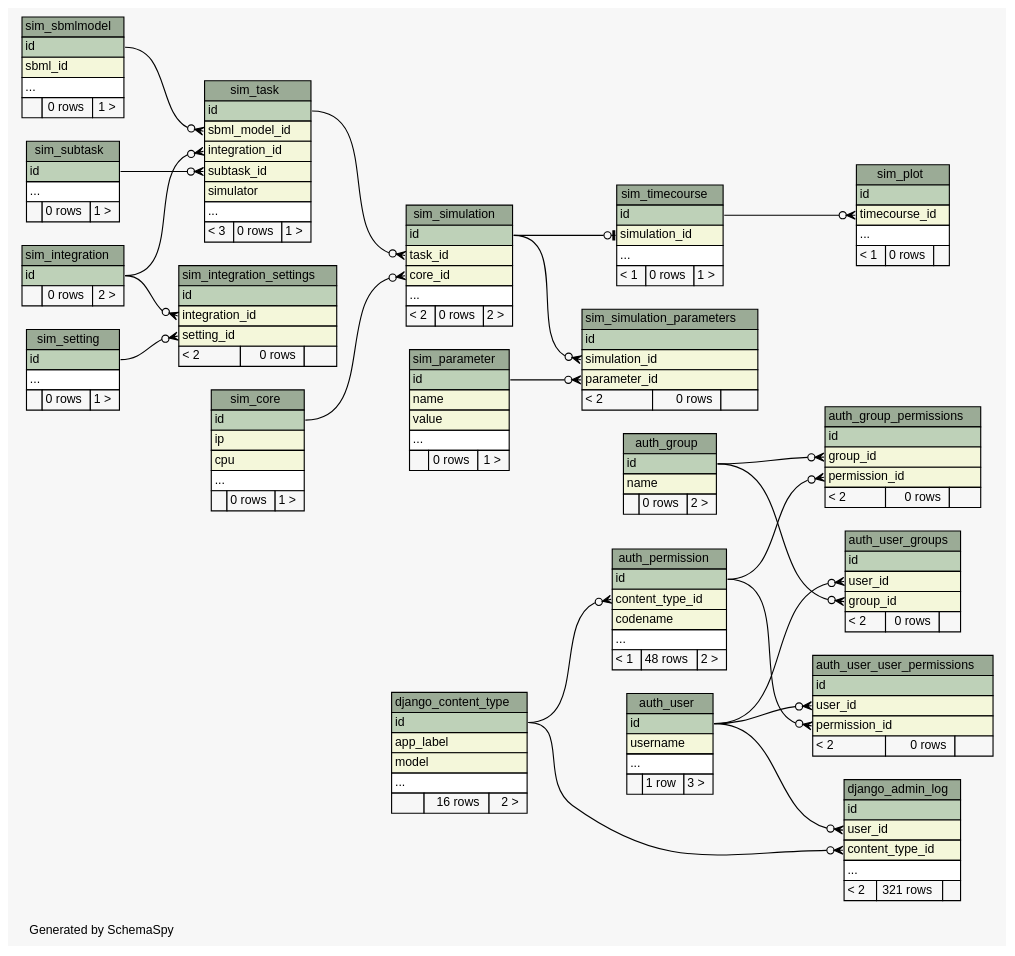
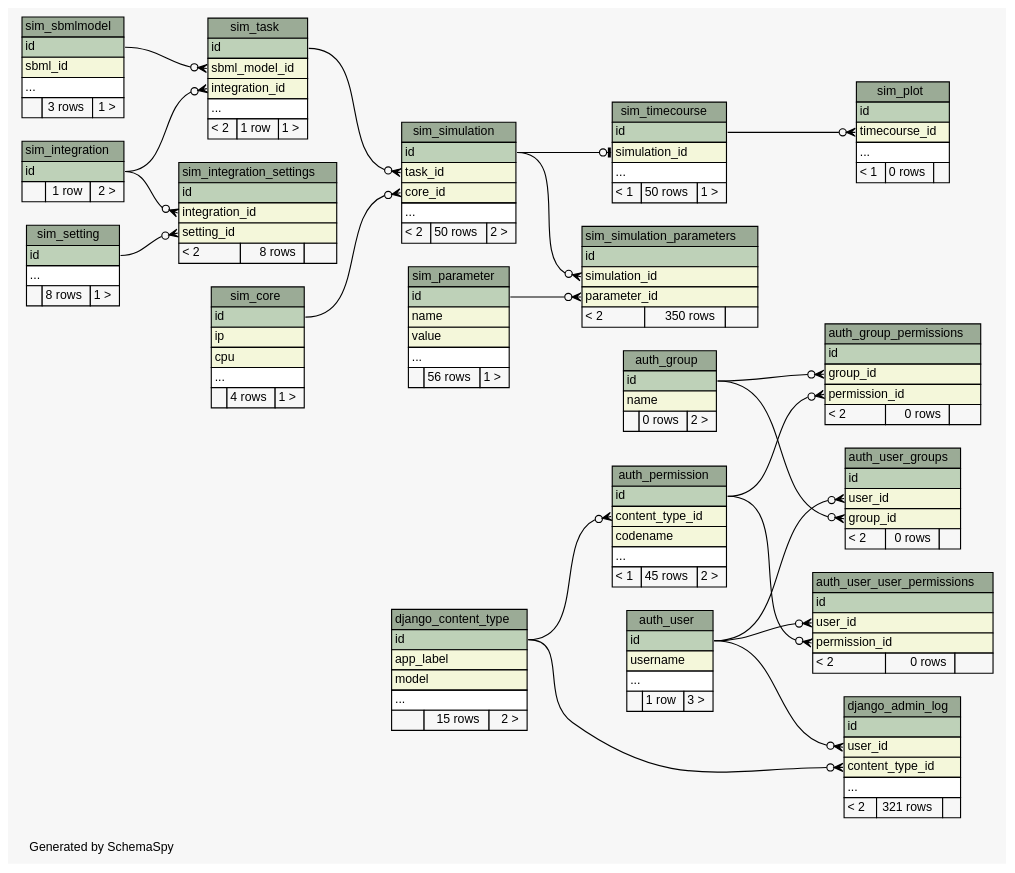
Before and after one commit to jingyayeah/multiscale-galactose: the diagram in database/schema/diagrams/summary/relationships.real.compact.dot, drawn with Graphviz. The commit also changed 102 other files, not shown here.

Commit message:
Database schema updated

```diff
--- a/database/schema/diagrams/summary/relationships.real.compact.dot
+++ b/database/schema/diagrams/summary/relationships.real.compact.dot
@@ -50,7 +50,7 @@
       <TR><TD PORT="content_type_id" COLSPAN="3" BGCOLOR="#f4f7da" ALIGN="LEFT">content_type_id</TD></TR>
       <TR><TD PORT="codename" COLSPAN="3" BGCOLOR="#f4f7da" ALIGN="LEFT">codename</TD></TR>
       <TR><TD PORT="elipses" COLSPAN="3" ALIGN="LEFT">...</TD></TR>
-      <TR><TD ALIGN="LEFT" BGCOLOR="#f7f7f7">&lt; 1</TD><TD ALIGN="RIGHT" BGCOLOR="#f7f7f7">48 rows</TD><TD ALIGN="RIGHT" BGCOLOR="#f7f7f7">2 &gt;</TD></TR>
+      <TR><TD ALIGN="LEFT" BGCOLOR="#f7f7f7">&lt; 1</TD><TD ALIGN="RIGHT" BGCOLOR="#f7f7f7">45 rows</TD><TD ALIGN="RIGHT" BGCOLOR="#f7f7f7">2 &gt;</TD></TR>
     </TABLE>>
     URL="tables/auth_permission.html"
     tooltip="auth_permission"
@@ -112,7 +112,7 @@
       <TR><TD PORT="app_label" COLSPAN="3" BGCOLOR="#f4f7da" ALIGN="LEFT">app_label</TD></TR>
       <TR><TD PORT="model" COLSPAN="3" BGCOLOR="#f4f7da" ALIGN="LEFT">model</TD></TR>
       <TR><TD PORT="elipses" COLSPAN="3" ALIGN="LEFT">...</TD></TR>
-      <TR><TD ALIGN="LEFT" BGCOLOR="#f7f7f7">  </TD><TD ALIGN="RIGHT" BGCOLOR="#f7f7f7">16 rows</TD><TD ALIGN="RIGHT" BGCOLOR="#f7f7f7">2 &gt;</TD></TR>
+      <TR><TD ALIGN="LEFT" BGCOLOR="#f7f7f7">  </TD><TD ALIGN="RIGHT" BGCOLOR="#f7f7f7">15 rows</TD><TD ALIGN="RIGHT" BGCOLOR="#f7f7f7">2 &gt;</TD></TR>
     </TABLE>>
     URL="tables/django_content_type.html"
     tooltip="django_content_type"
@@ -125,7 +125,7 @@
       <TR><TD PORT="ip" COLSPAN="3" BGCOLOR="#f4f7da" ALIGN="LEFT">ip</TD></TR>
       <TR><TD PORT="cpu" COLSPAN="3" BGCOLOR="#f4f7da" ALIGN="LEFT">cpu</TD></TR>
       <TR><TD PORT="elipses" COLSPAN="3" ALIGN="LEFT">...</TD></TR>
-      <TR><TD ALIGN="LEFT" BGCOLOR="#f7f7f7">  </TD><TD ALIGN="RIGHT" BGCOLOR="#f7f7f7">0 rows</TD><TD ALIGN="RIGHT" BGCOLOR="#f7f7f7">1 &gt;</TD></TR>
+      <TR><TD ALIGN="LEFT" BGCOLOR="#f7f7f7">  </TD><TD ALIGN="RIGHT" BGCOLOR="#f7f7f7">4 rows</TD><TD ALIGN="RIGHT" BGCOLOR="#f7f7f7">1 &gt;</TD></TR>
     </TABLE>>
     URL="tables/sim_core.html"
     tooltip="sim_core"
@@ -135,7 +135,7 @@
     <TABLE BORDER="0" CELLBORDER="1" CELLSPACING="0" BGCOLOR="#ffffff">
       <TR><TD COLSPAN="3" BGCOLOR="#9bab96" ALIGN="CENTER">sim_integration</TD></TR>
       <TR><TD PORT="id" COLSPAN="3" BGCOLOR="#bed1b8" ALIGN="LEFT">id</TD></TR>
-      <TR><TD ALIGN="LEFT" BGCOLOR="#f7f7f7">  </TD><TD ALIGN="RIGHT" BGCOLOR="#f7f7f7">0 rows</TD><TD ALIGN="RIGHT" BGCOLOR="#f7f7f7">2 &gt;</TD></TR>
+      <TR><TD ALIGN="LEFT" BGCOLOR="#f7f7f7">  </TD><TD ALIGN="RIGHT" BGCOLOR="#f7f7f7">1 row</TD><TD ALIGN="RIGHT" BGCOLOR="#f7f7f7">2 &gt;</TD></TR>
     </TABLE>>
     URL="tables/sim_integration.html"
     tooltip="sim_integration"
@@ -147,7 +147,7 @@
       <TR><TD PORT="id" COLSPAN="3" BGCOLOR="#bed1b8" ALIGN="LEFT">id</TD></TR>
       <TR><TD PORT="integration_id" COLSPAN="3" BGCOLOR="#f4f7da" ALIGN="LEFT">integration_id</TD></TR>
       <TR><TD PORT="setting_id" COLSPAN="3" BGCOLOR="#f4f7da" ALIGN="LEFT">setting_id</TD></TR>
-      <TR><TD ALIGN="LEFT" BGCOLOR="#f7f7f7">&lt; 2</TD><TD ALIGN="RIGHT" BGCOLOR="#f7f7f7">0 rows</TD><TD ALIGN="RIGHT" BGCOLOR="#f7f7f7">  </TD></TR>
+      <TR><TD ALIGN="LEFT" BGCOLOR="#f7f7f7">&lt; 2</TD><TD ALIGN="RIGHT" BGCOLOR="#f7f7f7">8 rows</TD><TD ALIGN="RIGHT" BGCOLOR="#f7f7f7">  </TD></TR>
     </TABLE>>
     URL="tables/sim_integration_settings.html"
     tooltip="sim_integration_settings"
@@ -160,7 +160,7 @@
       <TR><TD PORT="name" COLSPAN="3" BGCOLOR="#f4f7da" ALIGN="LEFT">name</TD></TR>
       <TR><TD PORT="value" COLSPAN="3" BGCOLOR="#f4f7da" ALIGN="LEFT">value</TD></TR>
       <TR><TD PORT="elipses" COLSPAN="3" ALIGN="LEFT">...</TD></TR>
-      <TR><TD ALIGN="LEFT" BGCOLOR="#f7f7f7">  </TD><TD ALIGN="RIGHT" BGCOLOR="#f7f7f7">0 rows</TD><TD ALIGN="RIGHT" BGCOLOR="#f7f7f7">1 &gt;</TD></TR>
+      <TR><TD ALIGN="LEFT" BGCOLOR="#f7f7f7">  </TD><TD ALIGN="RIGHT" BGCOLOR="#f7f7f7">56 rows</TD><TD ALIGN="RIGHT" BGCOLOR="#f7f7f7">1 &gt;</TD></TR>
     </TABLE>>
     URL="tables/sim_parameter.html"
     tooltip="sim_parameter"
@@ -184,7 +184,7 @@
       <TR><TD PORT="id" COLSPAN="3" BGCOLOR="#bed1b8" ALIGN="LEFT">id</TD></TR>
       <TR><TD PORT="sbml_id" COLSPAN="3" BGCOLOR="#f4f7da" ALIGN="LEFT">sbml_id</TD></TR>
       <TR><TD PORT="elipses" COLSPAN="3" ALIGN="LEFT">...</TD></TR>
-      <TR><TD ALIGN="LEFT" BGCOLOR="#f7f7f7">  </TD><TD ALIGN="RIGHT" BGCOLOR="#f7f7f7">0 rows</TD><TD ALIGN="RIGHT" BGCOLOR="#f7f7f7">1 &gt;</TD></TR>
+      <TR><TD ALIGN="LEFT" BGCOLOR="#f7f7f7">  </TD><TD ALIGN="RIGHT" BGCOLOR="#f7f7f7">3 rows</TD><TD ALIGN="RIGHT" BGCOLOR="#f7f7f7">1 &gt;</TD></TR>
     </TABLE>>
     URL="tables/sim_sbmlmodel.html"
     tooltip="sim_sbmlmodel"
@@ -195,7 +195,7 @@
       <TR><TD COLSPAN="3" BGCOLOR="#9bab96" ALIGN="CENTER">sim_setting</TD></TR>
       <TR><TD PORT="id" COLSPAN="3" BGCOLOR="#bed1b8" ALIGN="LEFT">id</TD></TR>
       <TR><TD PORT="elipses" COLSPAN="3" ALIGN="LEFT">...</TD></TR>
-      <TR><TD ALIGN="LEFT" BGCOLOR="#f7f7f7">  </TD><TD ALIGN="RIGHT" BGCOLOR="#f7f7f7">0 rows</TD><TD ALIGN="RIGHT" BGCOLOR="#f7f7f7">1 &gt;</TD></TR>
+      <TR><TD ALIGN="LEFT" BGCOLOR="#f7f7f7">  </TD><TD ALIGN="RIGHT" BGCOLOR="#f7f7f7">8 rows</TD><TD ALIGN="RIGHT" BGCOLOR="#f7f7f7">1 &gt;</TD></TR>
     </TABLE>>
     URL="tables/sim_setting.html"
     tooltip="sim_setting"
@@ -208,7 +208,7 @@
       <TR><TD PORT="task_id" COLSPAN="3" BGCOLOR="#f4f7da" ALIGN="LEFT">task_id</TD></TR>
       <TR><TD PORT="core_id" COLSPAN="3" BGCOLOR="#f4f7da" ALIGN="LEFT">core_id</TD></TR>
       <TR><TD PORT="elipses" COLSPAN="3" ALIGN="LEFT">...</TD></TR>
-      <TR><TD ALIGN="LEFT" BGCOLOR="#f7f7f7">&lt; 2</TD><TD ALIGN="RIGHT" BGCOLOR="#f7f7f7">0 rows</TD><TD ALIGN="RIGHT" BGCOLOR="#f7f7f7">2 &gt;</TD></TR>
+      <TR><TD ALIGN="LEFT" BGCOLOR="#f7f7f7">&lt; 2</TD><TD ALIGN="RIGHT" BGCOLOR="#f7f7f7">50 rows</TD><TD ALIGN="RIGHT" BGCOLOR="#f7f7f7">2 &gt;</TD></TR>
     </TABLE>>
     URL="tables/sim_simulation.html"
     tooltip="sim_simulation"
@@ -220,21 +220,10 @@
       <TR><TD PORT="id" COLSPAN="3" BGCOLOR="#bed1b8" ALIGN="LEFT">id</TD></TR>
       <TR><TD PORT="simulation_id" COLSPAN="3" BGCOLOR="#f4f7da" ALIGN="LEFT">simulation_id</TD></TR>
       <TR><TD PORT="parameter_id" COLSPAN="3" BGCOLOR="#f4f7da" ALIGN="LEFT">parameter_id</TD></TR>
-      <TR><TD ALIGN="LEFT" BGCOLOR="#f7f7f7">&lt; 2</TD><TD ALIGN="RIGHT" BGCOLOR="#f7f7f7">0 rows</TD><TD ALIGN="RIGHT" BGCOLOR="#f7f7f7">  </TD></TR>
+      <TR><TD ALIGN="LEFT" BGCOLOR="#f7f7f7">&lt; 2</TD><TD ALIGN="RIGHT" BGCOLOR="#f7f7f7">350 rows</TD><TD ALIGN="RIGHT" BGCOLOR="#f7f7f7">  </TD></TR>
     </TABLE>>
     URL="tables/sim_simulation_parameters.html"
     tooltip="sim_simulation_parameters"
-  ];
-  "sim_subtask" [
-    label=<
-    <TABLE BORDER="0" CELLBORDER="1" CELLSPACING="0" BGCOLOR="#ffffff">
-      <TR><TD COLSPAN="3" BGCOLOR="#9bab96" ALIGN="CENTER">sim_subtask</TD></TR>
-      <TR><TD PORT="id" COLSPAN="3" BGCOLOR="#bed1b8" ALIGN="LEFT">id</TD></TR>
-      <TR><TD PORT="elipses" COLSPAN="3" ALIGN="LEFT">...</TD></TR>
-      <TR><TD ALIGN="LEFT" BGCOLOR="#f7f7f7">  </TD><TD ALIGN="RIGHT" BGCOLOR="#f7f7f7">0 rows</TD><TD ALIGN="RIGHT" BGCOLOR="#f7f7f7">1 &gt;</TD></TR>
-    </TABLE>>
-    URL="tables/sim_subtask.html"
-    tooltip="sim_subtask"
   ];
   "sim_task" [
     label=<
@@ -243,10 +232,8 @@
       <TR><TD PORT="id" COLSPAN="3" BGCOLOR="#bed1b8" ALIGN="LEFT">id</TD></TR>
       <TR><TD PORT="sbml_model_id" COLSPAN="3" BGCOLOR="#f4f7da" ALIGN="LEFT">sbml_model_id</TD></TR>
       <TR><TD PORT="integration_id" COLSPAN="3" BGCOLOR="#f4f7da" ALIGN="LEFT">integration_id</TD></TR>
-      <TR><TD PORT="subtask_id" COLSPAN="3" BGCOLOR="#f4f7da" ALIGN="LEFT">subtask_id</TD></TR>
-      <TR><TD PORT="simulator" COLSPAN="3" BGCOLOR="#f4f7da" ALIGN="LEFT">simulator</TD></TR>
       <TR><TD PORT="elipses" COLSPAN="3" ALIGN="LEFT">...</TD></TR>
-      <TR><TD ALIGN="LEFT" BGCOLOR="#f7f7f7">&lt; 3</TD><TD ALIGN="RIGHT" BGCOLOR="#f7f7f7">0 rows</TD><TD ALIGN="RIGHT" BGCOLOR="#f7f7f7">1 &gt;</TD></TR>
+      <TR><TD ALIGN="LEFT" BGCOLOR="#f7f7f7">&lt; 2</TD><TD ALIGN="RIGHT" BGCOLOR="#f7f7f7">1 row</TD><TD ALIGN="RIGHT" BGCOLOR="#f7f7f7">1 &gt;</TD></TR>
     </TABLE>>
     URL="tables/sim_task.html"
     tooltip="sim_task"
@@ -258,7 +245,7 @@
       <TR><TD PORT="id" COLSPAN="3" BGCOLOR="#bed1b8" ALIGN="LEFT">id</TD></TR>
       <TR><TD PORT="simulation_id" COLSPAN="3" BGCOLOR="#f4f7da" ALIGN="LEFT">simulation_id</TD></TR>
       <TR><TD PORT="elipses" COLSPAN="3" ALIGN="LEFT">...</TD></TR>
-      <TR><TD ALIGN="LEFT" BGCOLOR="#f7f7f7">&lt; 1</TD><TD ALIGN="RIGHT" BGCOLOR="#f7f7f7">0 rows</TD><TD ALIGN="RIGHT" BGCOLOR="#f7f7f7">1 &gt;</TD></TR>
+      <TR><TD ALIGN="LEFT" BGCOLOR="#f7f7f7">&lt; 1</TD><TD ALIGN="RIGHT" BGCOLOR="#f7f7f7">50 rows</TD><TD ALIGN="RIGHT" BGCOLOR="#f7f7f7">1 &gt;</TD></TR>
     </TABLE>>
     URL="tables/sim_timecourse.html"
     tooltip="sim_timecourse"
@@ -281,6 +268,5 @@
   "sim_simulation_parameters":"simulation_id":w -> "sim_simulation":"id":e [arrowhead=none dir=back arrowtail=crowodot];
   "sim_task":"integration_id":w -> "sim_integration":"id":e [arrowhead=none dir=back arrowtail=crowodot];
   "sim_task":"sbml_model_id":w -> "sim_sbmlmodel":"id":e [arrowhead=none dir=back arrowtail=crowodot];
-  "sim_task":"subtask_id":w -> "sim_subtask":"id":e [arrowhead=none dir=back arrowtail=crowodot];
   "sim_timecourse":"simulation_id":w -> "sim_simulation":"id":e [arrowhead=none dir=back arrowtail=teeodot];
 }
```
